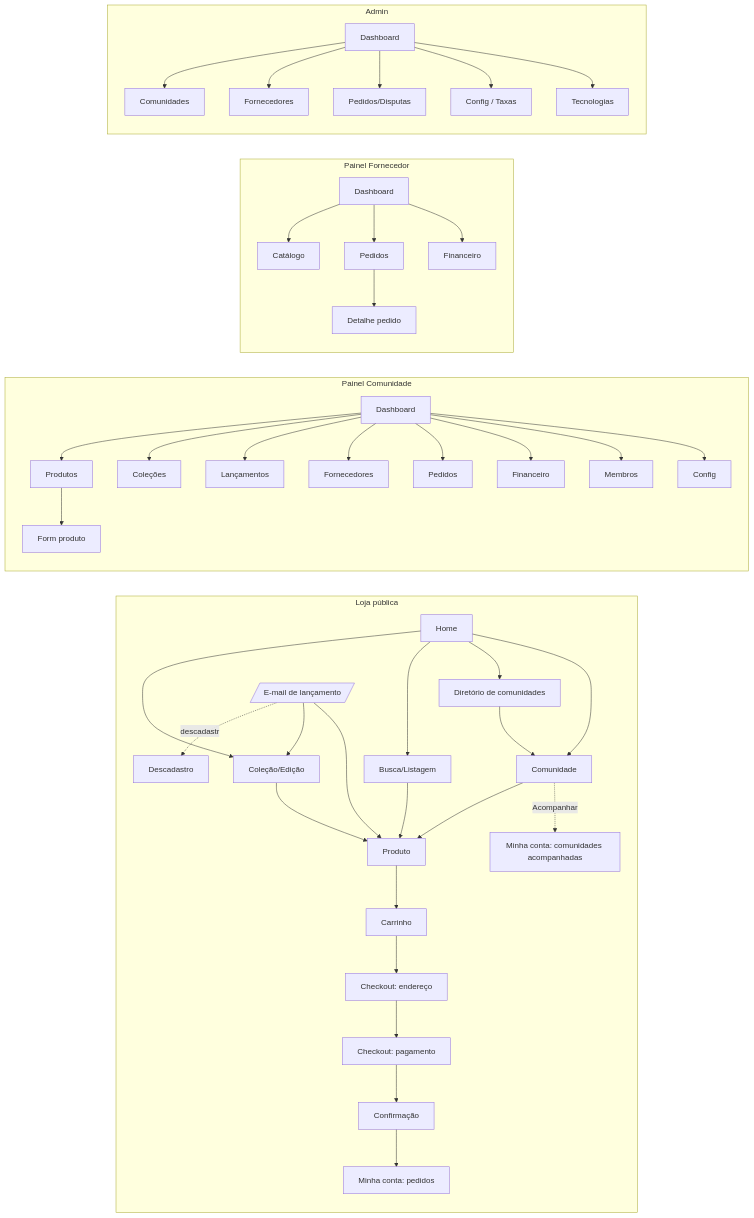
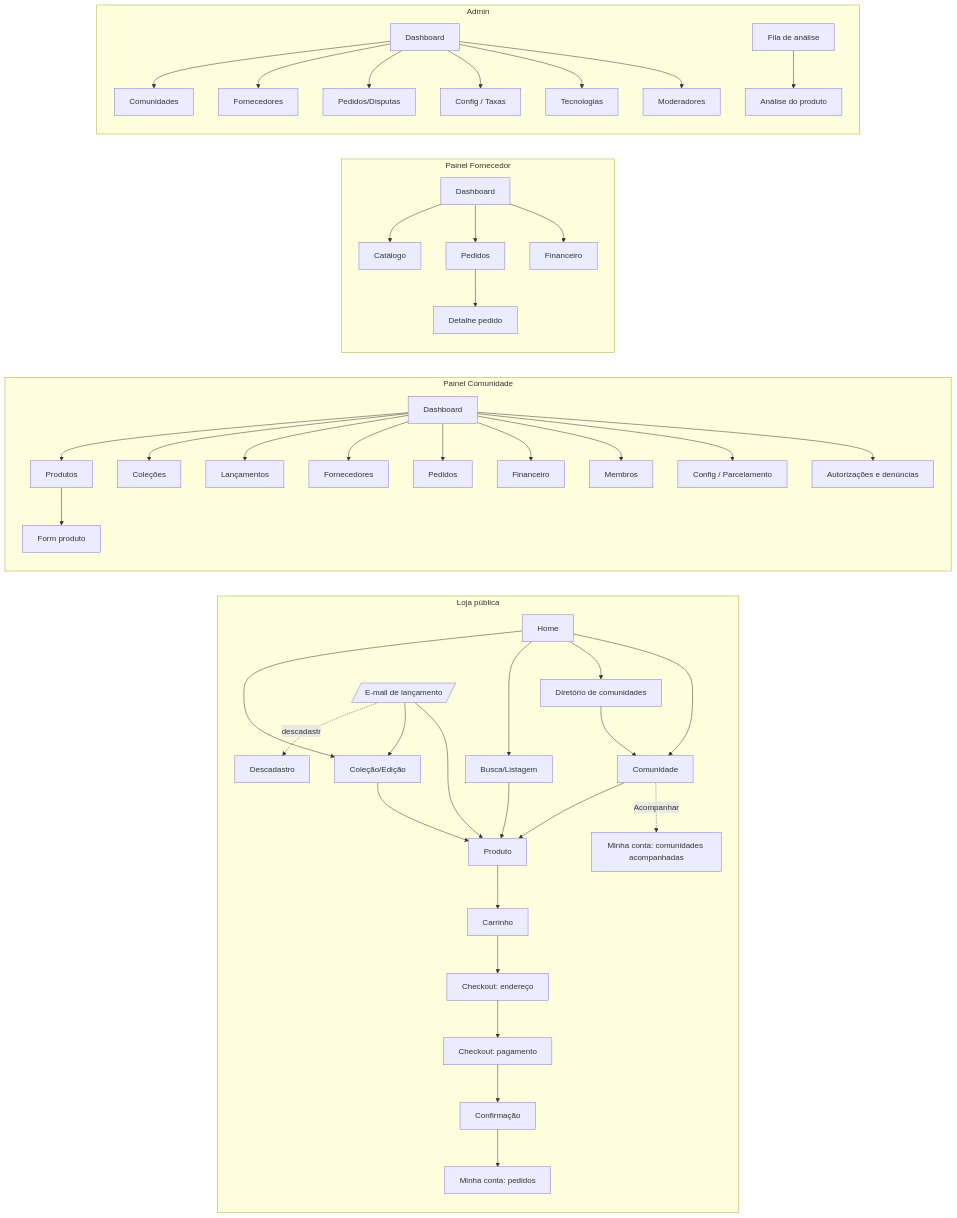
Before and after one commit to BdsOliveira/loja-tech-brasil: diagram 27 of 28 in modelo-de-negocios.md, drawn with Mermaid. The commit also changed other lines of this file, not shown here.

````diff
--- a/modelo-de-negocios.md
+++ b/modelo-de-negocios.md
@@ -1141,46 +1458,49 @@
 ```mermaid
 flowchart LR
     subgraph Loja pública
         L01[Home] --> L02[Comunidade]
         L01 --> L03b[Diretório de comunidades] --> L02
         L02 -.Acompanhar.-> L11[Minha conta: comunidades acompanhadas]
         E08[/E-mail de lançamento/] --> L05
         E08 --> L04
         E08 -.descadastro.-> L12[Descadastro]
         L01 --> L03[Busca/Listagem]
         L01 --> L04[Coleção/Edição]
         L02 --> L05[Produto]
         L03 --> L05
         L04 --> L05
         L05 --> L06[Carrinho]
         L06 --> L07[Checkout: endereço]
         L07 --> L08[Checkout: pagamento]
         L08 --> L09[Confirmação]
         L09 --> L10[Minha conta: pedidos]
     end
 
     subgraph Painel Comunidade
         C02[Dashboard] --> C03[Produtos] --> C04[Form produto]
         C02 --> C05[Coleções]
         C02 --> C05b[Lançamentos]
         C02 --> C06[Fornecedores]
         C02 --> C07[Pedidos]
         C02 --> C08[Financeiro]
         C02 --> C09[Membros]
-        C02 --> C10[Config]
+        C02 --> C10[Config / Parcelamento]
+        C02 --> C11[Autorizações e denúncias]
     end
 
     subgraph Painel Fornecedor
         F02[Dashboard] --> F03[Catálogo]
         F02 --> F04[Pedidos] --> F05[Detalhe pedido]
         F02 --> F06[Financeiro]
     end
 
     subgraph Admin
         A01[Dashboard] --> A02[Comunidades]
         A01 --> A03[Fornecedores]
         A01 --> A04[Pedidos/Disputas]
         A01 --> A05[Config / Taxas]
         A01 --> A06[Tecnologias]
+        A01 --> A09[Moderadores]
+        A07[Fila de análise] --> A08[Análise do produto]
     end
 ```
````
